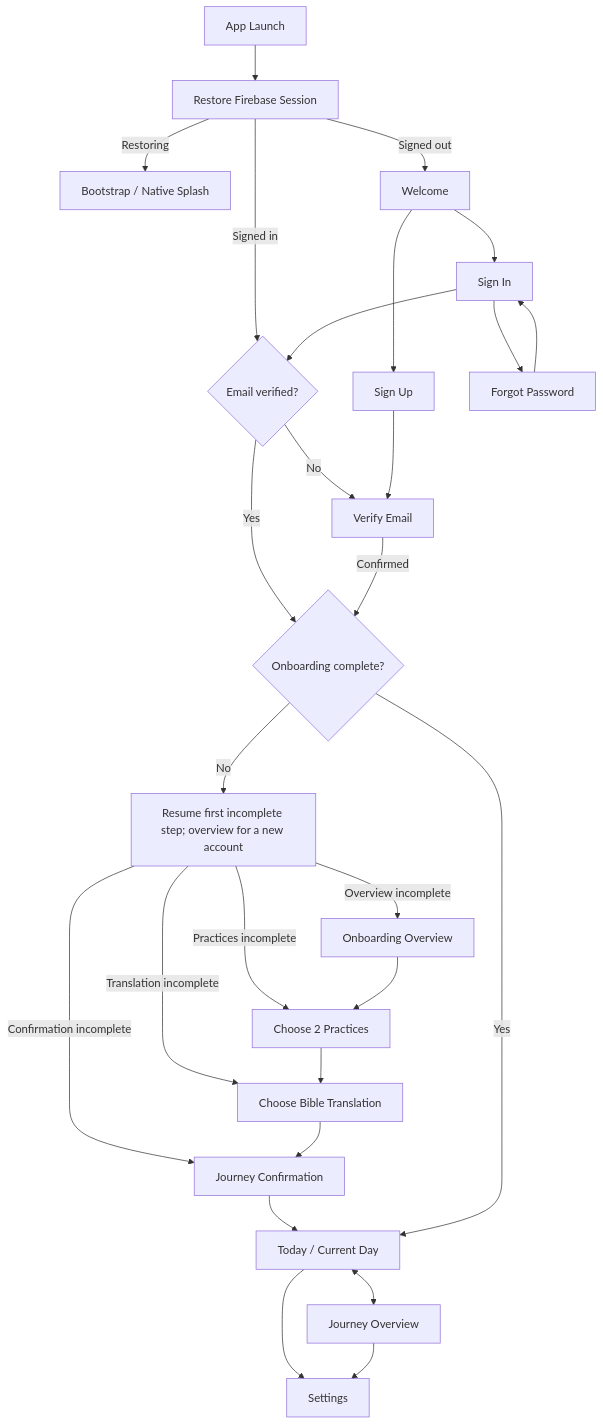
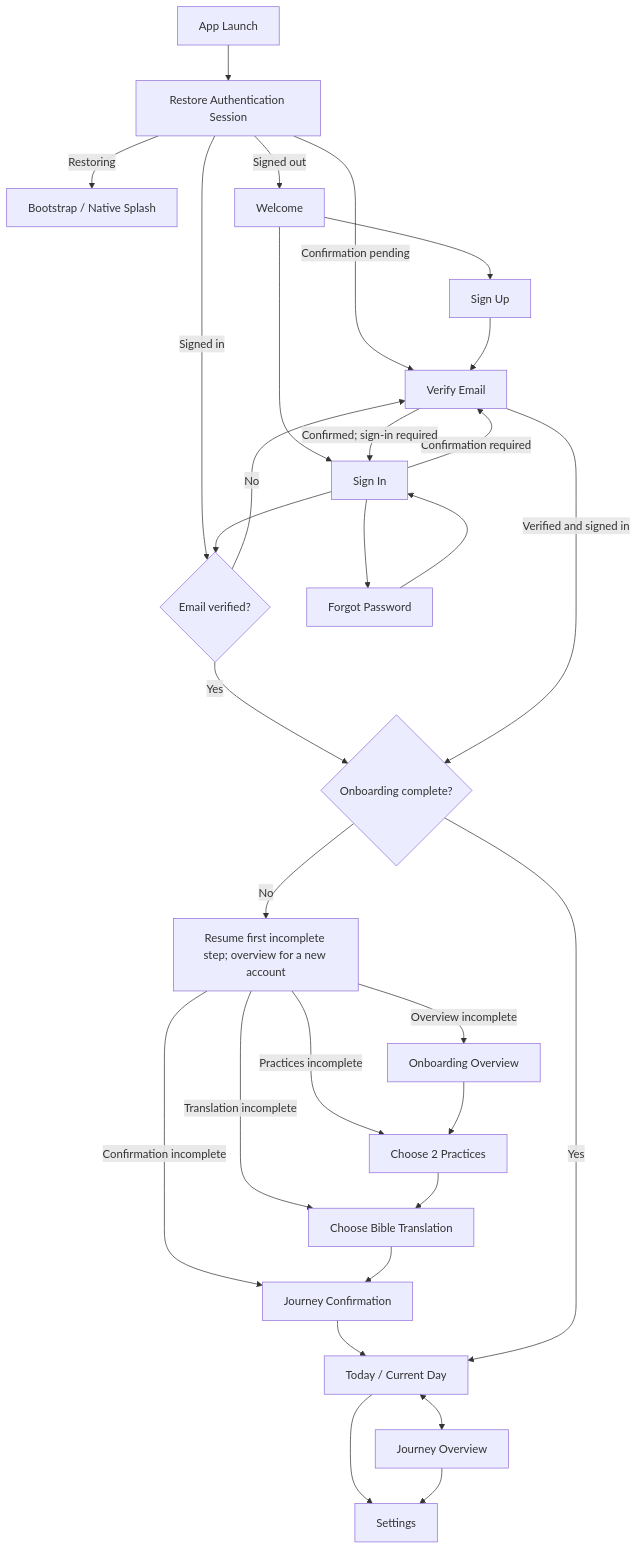
Before and after one commit to evanmcpheron/77Faithful: the first of 12 diagrams in docs/APP_NAVIGATION_AND_UX.md, drawn with Mermaid. The commit also changed other lines of this file and 22 other files, not shown here.

````diff
--- a/docs/APP_NAVIGATION_AND_UX.md
+++ b/docs/APP_NAVIGATION_AND_UX.md
@@ -398,32 +403,35 @@
 ```mermaid
 flowchart TD
-    Launch[App Launch] --> Restore[Restore Firebase Session]
+    Launch[App Launch] --> Restore[Restore Authentication Session]
     Restore -->|Restoring| Splash[Bootstrap / Native Splash]
+    Restore -->|Confirmation pending| Verify[Verify Email]
     Restore -->|Signed out| Welcome[Welcome]
     Restore -->|Signed in| Verified{Email verified?}
-    Verified -->|No| Verify[Verify Email]
+    Verified -->|No| Verify
     Verified -->|Yes| OnboardingCheck{Onboarding complete?}
 
     Welcome --> SignUp[Sign Up]
     Welcome --> SignIn[Sign In]
     SignIn --> Verified
+    SignIn -->|Confirmation required| Verify
     SignUp --> Verify
-    Verify -->|Confirmed| OnboardingCheck
+    Verify -->|Verified and signed in| OnboardingCheck
+    Verify -->|Confirmed; sign-in required| SignIn
     SignIn --> Forgot[Forgot Password]
     Forgot --> SignIn
 
     OnboardingCheck -->|No| Resume[Resume first incomplete step; overview for a new account]
     Resume -->|Overview incomplete| Intro[Onboarding Overview]
     Resume -->|Practices incomplete| Practices
     Resume -->|Translation incomplete| Bible
     Resume -->|Confirmation incomplete| Confirm
     Intro --> Practices[Choose 2 Practices]
     Practices --> Bible[Choose Bible Translation]
     Bible --> Confirm[Journey Confirmation]
     Confirm --> Today[Today / Current Day]
 
     OnboardingCheck -->|Yes| Today
     Today <--> Journey[Journey Overview]
     Today --> Settings[Settings]
     Journey --> Settings
 ```
````
